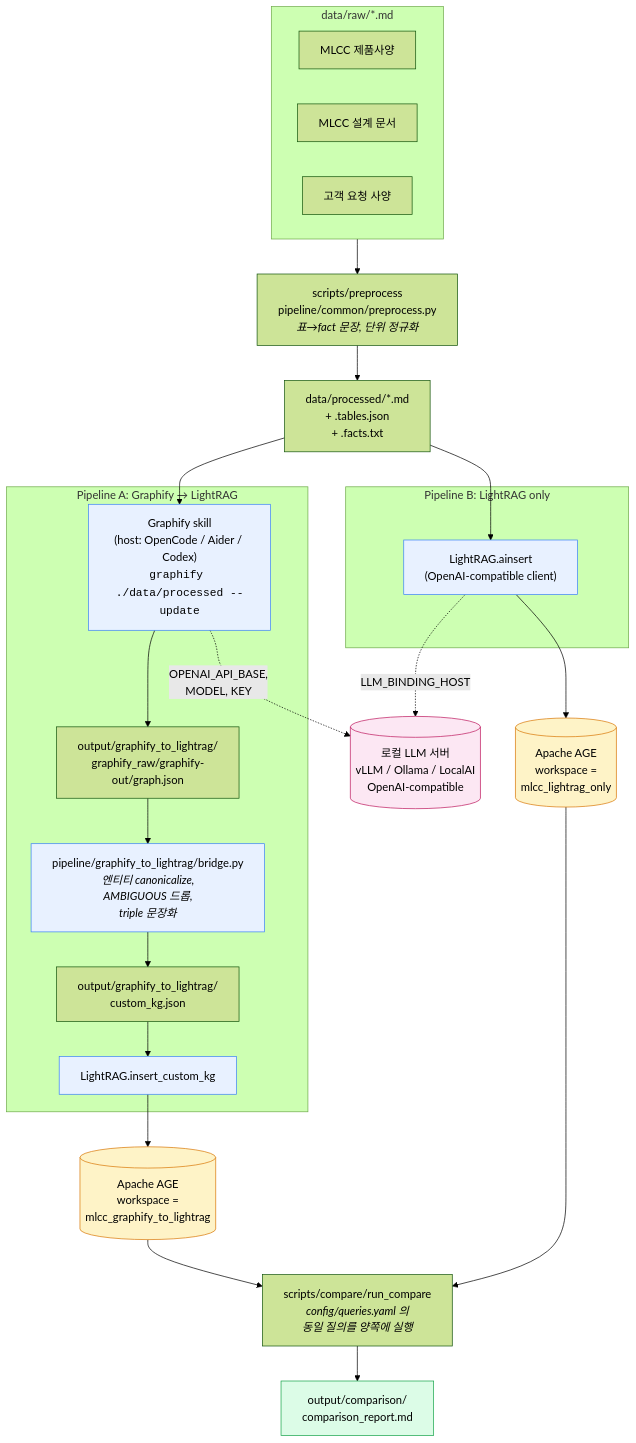
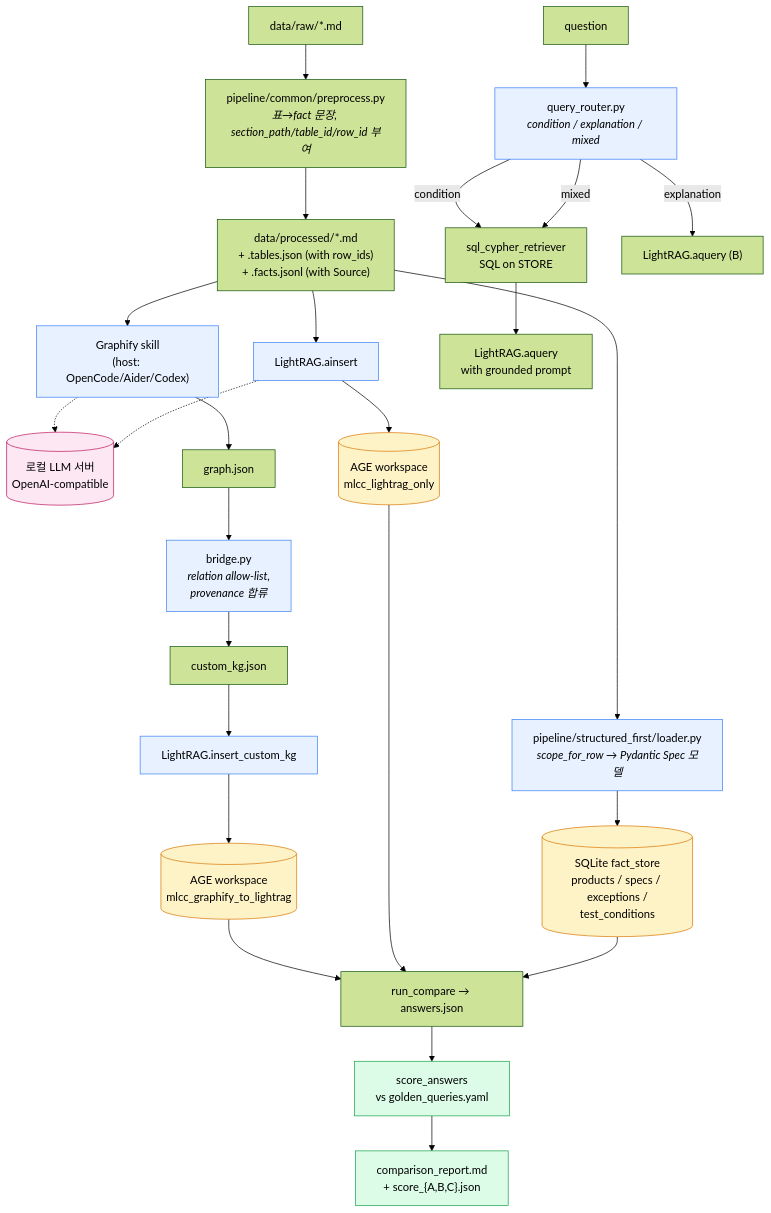
Before and after one commit to ujajuck/mlcc_graph_poc: the diagram in README.md, drawn with Mermaid (forest theme). The commit also changed other lines of this file and 19 other files, not shown here.

First line of the commit message:
Add structured-first pipeline (C) and golden-set scoring; fix env defaults

````diff
--- a/README.md
+++ b/README.md
@@ -16,44 +40,33 @@
 ```mermaid
 flowchart TD
-    subgraph INPUT["data/raw/*.md"]
-        R1[MLCC 제품사양]
-        R2[MLCC 설계 문서]
-        R3[고객 요청 사양]
-    end
+    INPUT["data/raw/*.md"] --> PRE["pipeline/common/preprocess.py<br/><i>표→fact 문장, section_path/table_id/row_id 부여</i>"]
+    PRE --> PROCESSED["data/processed/*.md<br/>+ .tables.json (with row_ids)<br/>+ .facts.jsonl (with Source)"]
 
-    INPUT --> PRE["scripts/preprocess<br/>pipeline/common/preprocess.py<br/><i>표→fact 문장, 단위 정규화</i>"]
+    PROCESSED --> A1["Graphify skill<br/>(host: OpenCode/Aider/Codex)"]
+    PROCESSED --> B1["LightRAG.ainsert"]
+    PROCESSED --> C1["pipeline/structured_first/loader.py<br/><i>scope_for_row → Pydantic Spec 모델</i>"]
 
-    PRE --> PROCESSED["data/processed/*.md<br/>+ .tables.json<br/>+ .facts.txt"]
+    LLM[("로컬 LLM 서버<br/>OpenAI-compatible")]:::llm
+    A1 -.-> LLM
+    B1 -.-> LLM
 
-    PROCESSED --> A1["Graphify skill<br/>(host: OpenCode / Aider / Codex)<br/><code>graphify ./data/processed --update</code>"]
-    PROCESSED --> B1["LightRAG.ainsert<br/>(OpenAI-compatible client)"]
+    A1 --> A2["graph.json"] --> A3["bridge.py<br/><i>relation allow-list,<br/>provenance 합류</i>"] --> A4["custom_kg.json"] --> A5["LightRAG.insert_custom_kg"]
+    A5 --> AGE_A[("AGE workspace<br/>mlcc_graphify_to_lightrag")]
+    B1 --> AGE_B[("AGE workspace<br/>mlcc_lightrag_only")]
+    C1 --> STORE[("SQLite fact_store<br/>products / specs / exceptions /<br/>test_conditions")]
 
-    LLM[("로컬 LLM 서버<br/>vLLM / Ollama / LocalAI<br/>OpenAI-compatible")]:::llm
-    A1 -.->|OPENAI_API_BASE,<br/>MODEL, KEY| LLM
-    B1 -.->|LLM_BINDING_HOST| LLM
+    Q["question"] --> ROUTER["query_router.py<br/><i>condition / explanation / mixed</i>"]
+    ROUTER -->|condition| C2["sql_cypher_retriever<br/>SQL on STORE"]
+    ROUTER -->|explanation| B1Q["LightRAG.aquery (B)"]
+    ROUTER -->|mixed| C2 --> C3["LightRAG.aquery<br/>with grounded prompt"]
 
-    subgraph PIPE_A["Pipeline A: Graphify → LightRAG"]
-        A1 --> A2["output/graphify_to_lightrag/<br/>graphify_raw/graphify-out/graph.json"]
-        A2 --> A3["pipeline/graphify_to_lightrag/bridge.py<br/><i>엔티티 canonicalize,<br/>AMBIGUOUS 드롭,<br/>triple 문장화</i>"]
-        A3 --> A4["output/graphify_to_lightrag/<br/>custom_kg.json"]
-        A4 --> A5["LightRAG.insert_custom_kg"]
-    end
-
-    subgraph PIPE_B["Pipeline B: LightRAG only"]
-        B1
-    end
-
-    A5 --> AGE_A[("Apache AGE<br/>workspace =<br/>mlcc_graphify_to_lightrag")]
-    B1 --> AGE_B[("Apache AGE<br/>workspace =<br/>mlcc_lightrag_only")]
-
-    AGE_A & AGE_B --> CMP["scripts/compare/run_compare<br/><i>config/queries.yaml 의<br/>동일 질의를 양쪽에 실행</i>"]
-    CMP --> REPORT["output/comparison/<br/>comparison_report.md"]
+    AGE_A & AGE_B & STORE --> CMP["run_compare → answers.json"] --> SCORE["score_answers<br/>vs golden_queries.yaml"] --> REPORT["comparison_report.md<br/>+ score_{A,B,C}.json"]
 
     classDef ingest fill:#e8f1ff,stroke:#3b82f6
     classDef storage fill:#fef3c7,stroke:#d97706
     classDef output fill:#dcfce7,stroke:#16a34a
     classDef llm fill:#fce7f3,stroke:#be185d
-    class A1,A3,A5,B1 ingest
-    class AGE_A,AGE_B storage
-    class REPORT output
+    class A1,A3,A5,B1,C1,ROUTER ingest
+    class AGE_A,AGE_B,STORE storage
+    class REPORT,SCORE output
 ```
````
